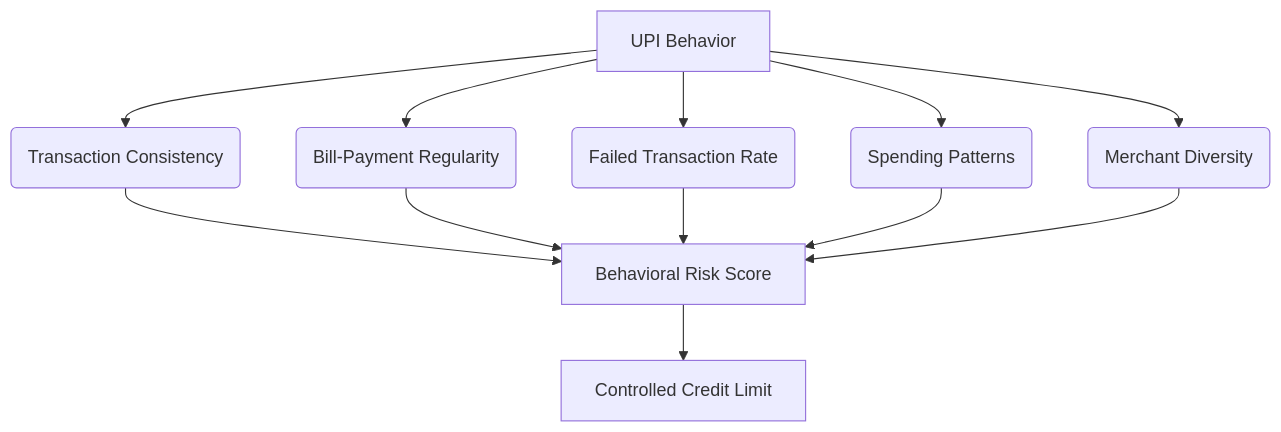
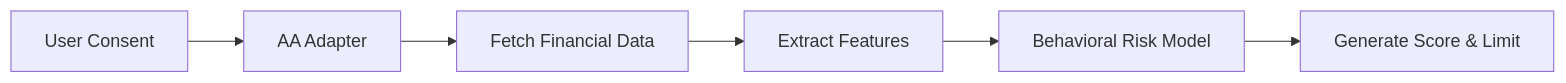
Before and after one commit to PavanSrikar-T/Consumption-Credit: the second of 2 diagrams in README.md, drawn with Mermaid. The commit also changed other lines of this file and 47 other files, not shown here.

````diff
--- a/README.md
+++ b/README.md
@@ -33,10 +80,8 @@
 ```mermaid
-graph TD
-    A[UPI Behavior] --> B(Transaction Consistency)
-    A --> C(Bill-Payment Regularity)
-    A --> D(Failed Transaction Rate)
-    A --> E(Spending Patterns)
-    A --> F(Merchant Diversity)
-    B & C & D & E & F --> G[Behavioral Risk Score]
-    G --> H[Controlled Credit Limit]
+flowchart LR
+    A[User Consent] --> B[AA Adapter]
+    B --> C[Fetch Financial Data]
+    C --> D[Extract Features]
+    D --> E[Behavioral Risk Model]
+    E --> F[Generate Score & Limit]
 ```
````
